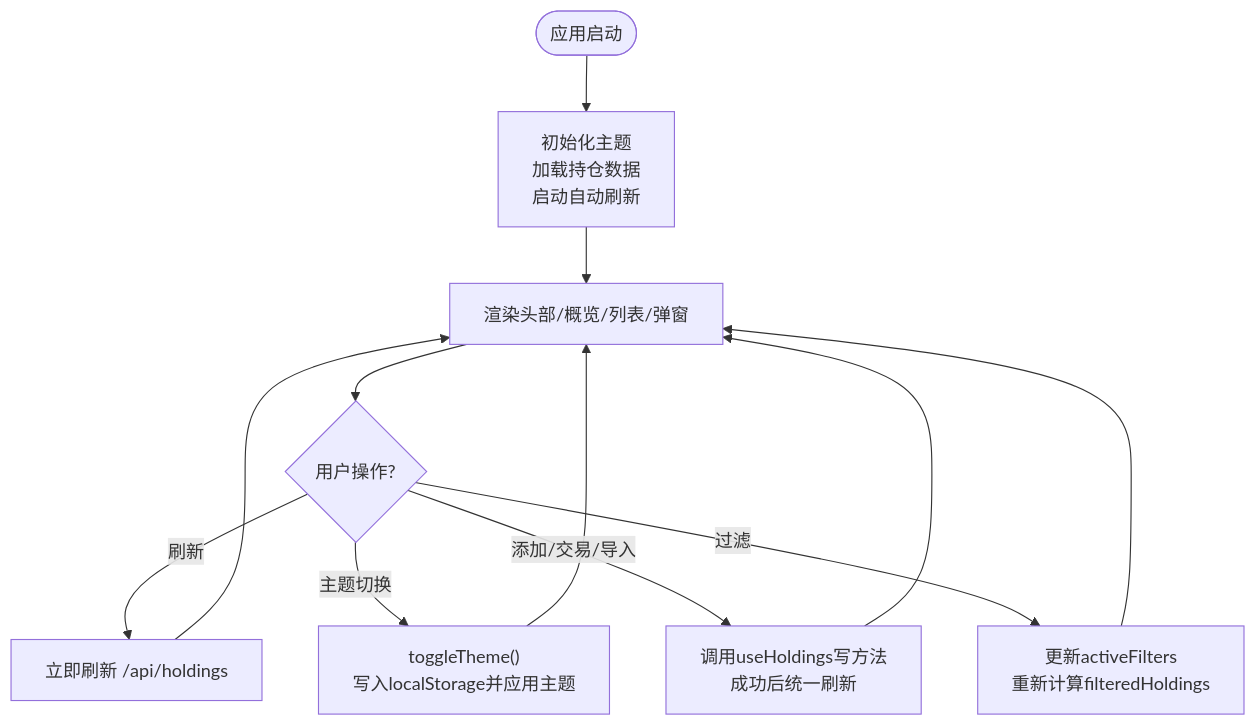
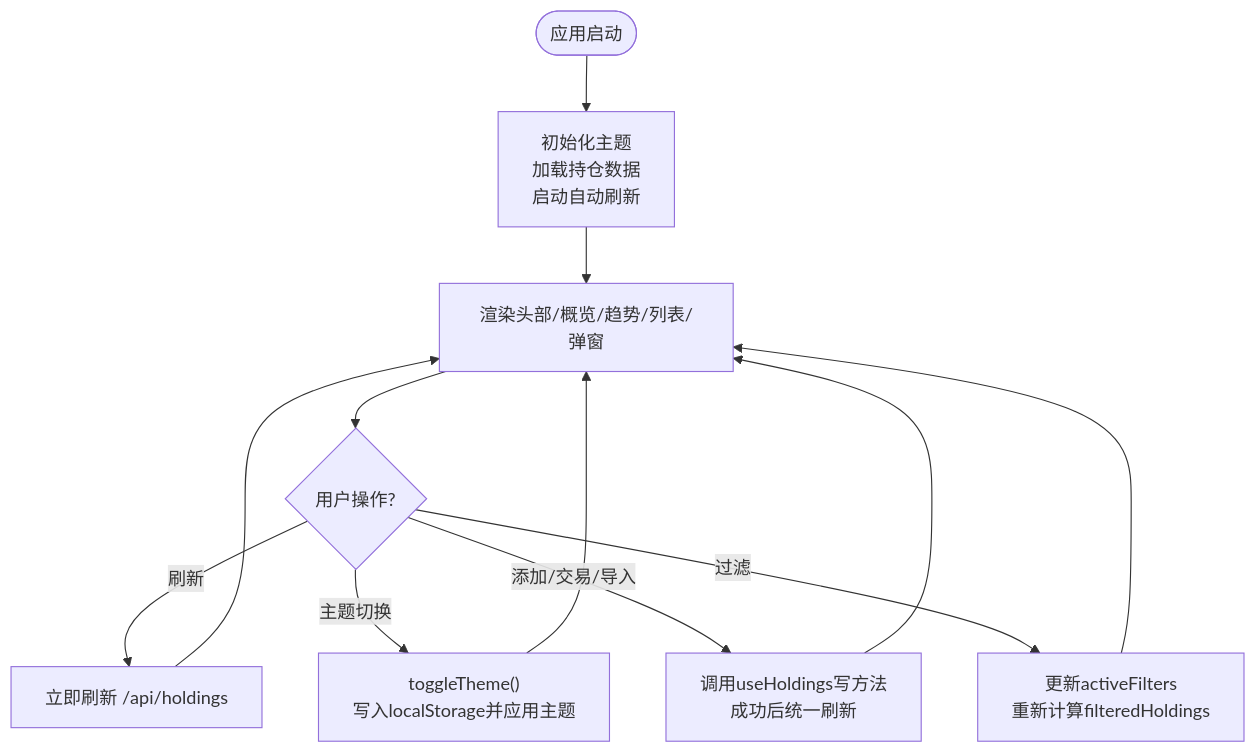
Before and after one commit to salenju/stock-advisor: the third of 6 diagrams in .qoder/repowiki/zh/content/前端架构/前端架构.md, drawn with Mermaid. The commit also changed other lines of this file and 45 other files, not shown here.

````diff
--- a/.qoder/repowiki/zh/content/前端架构/前端架构.md
+++ b/.qoder/repowiki/zh/content/前端架构/前端架构.md
@@ -154,14 +165,14 @@
 ```mermaid
 flowchart TD
 Start(["应用启动"]) --> Init["初始化主题<br/>加载持仓数据<br/>启动自动刷新"]
-Init --> Render["渲染头部/概览/列表/弹窗"]
+Init --> Render["渲染头部/概览/趋势/列表/弹窗"]
 Render --> UserAction{"用户操作?"}
 UserAction --> |刷新| Refresh["立即刷新 /api/holdings"]
 UserAction --> |主题切换| Toggle["toggleTheme()<br/>写入localStorage并应用主题"]
 UserAction --> |添加/交易/导入| Write["调用useHoldings写方法<br/>成功后统一刷新"]
 UserAction --> |过滤| Filter["更新activeFilters<br/>重新计算filteredHoldings"]
 Refresh --> Render
 Toggle --> Render
 Write --> Render
 Filter --> Render
 ```
````
